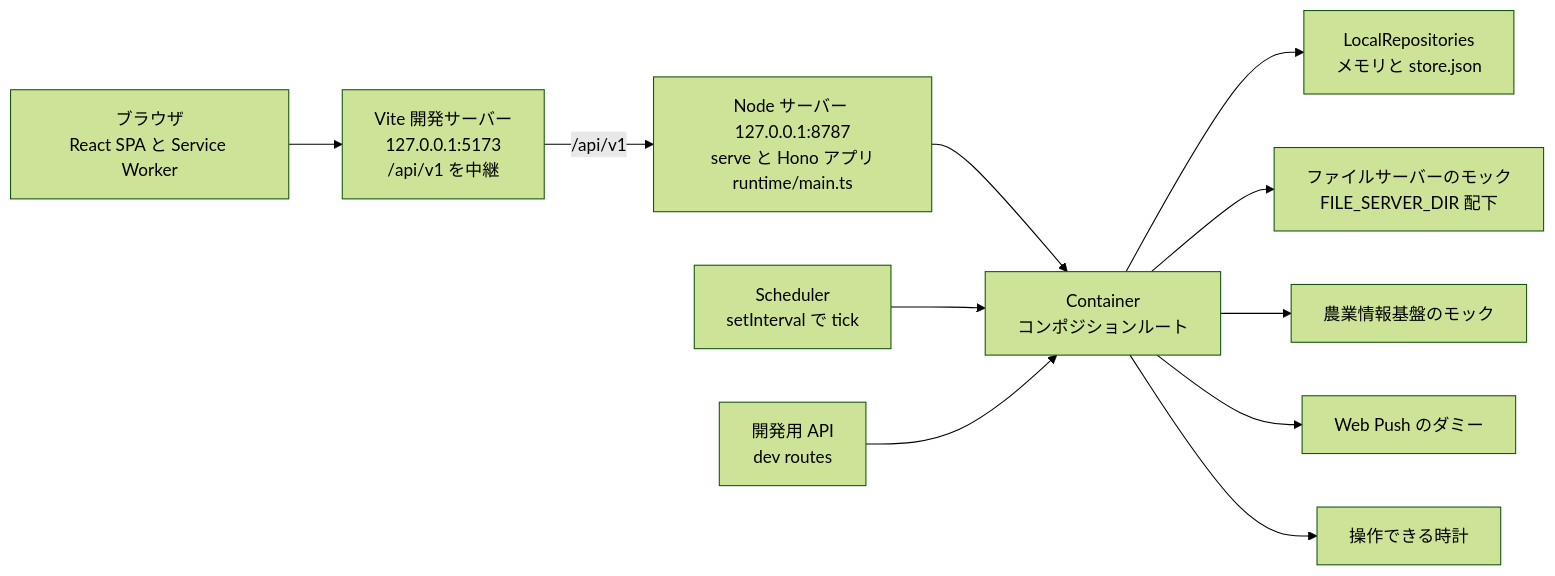
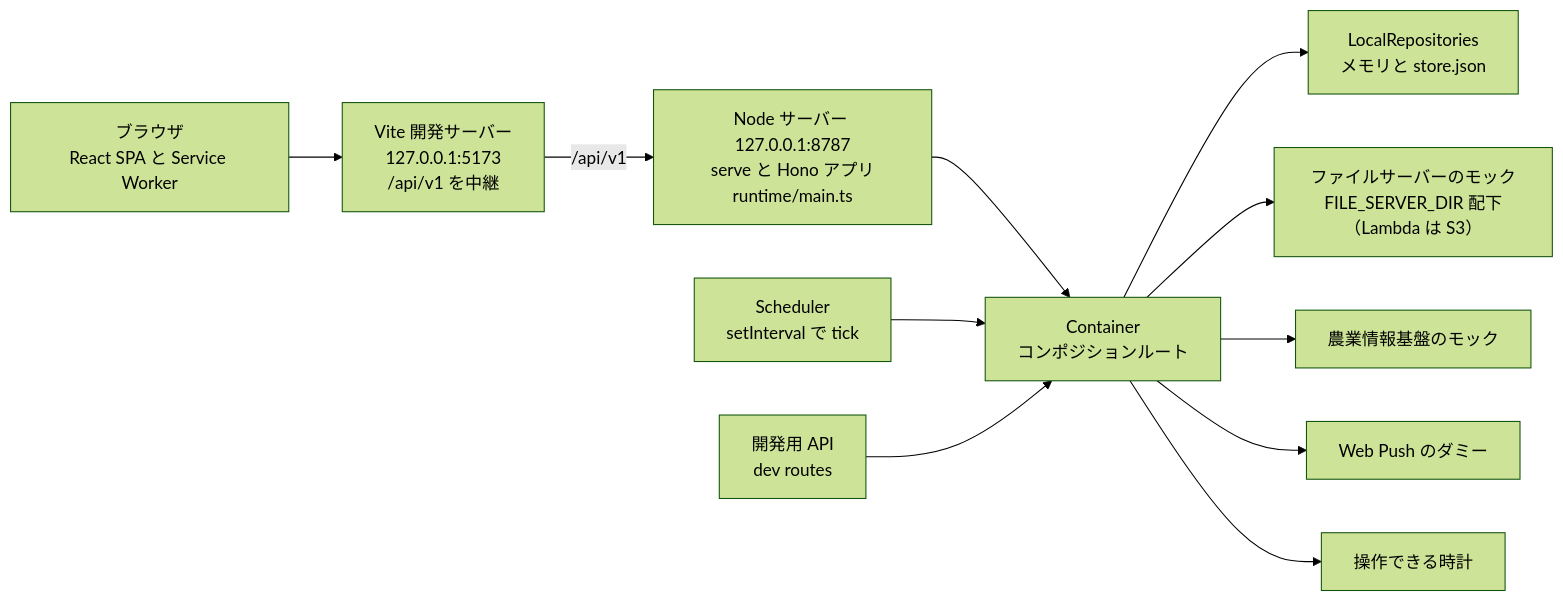
Before and after one commit to NS-APU/smart-farm-monitoring: the ninth of 46 diagrams in docs/10_design/architecture/as-built.md, drawn with Mermaid (forest theme). The commit also changed other lines of this file and 6 other files, not shown here.

````diff
--- a/docs/10_design/architecture/as-built.md
+++ b/docs/10_design/architecture/as-built.md
@@ -982,25 +982,25 @@
 ```mermaid
 flowchart LR
   BR["ブラウザ<br>React SPA と Service Worker"]
   VITE["Vite 開発サーバー<br>127.0.0.1:5173<br>/api/v1 を中継"]
   NODE["Node サーバー 127.0.0.1:8787<br>serve と Hono アプリ<br>runtime/main.ts"]
   CT["Container<br>コンポジションルート"]
   REPO["LocalRepositories<br>メモリと store.json"]
-  FS["ファイルサーバーのモック<br>FILE_SERVER_DIR 配下"]
+  FS["ファイルサーバーのモック<br>FILE_SERVER_DIR 配下（Lambda は S3）"]
   FD["農業情報基盤のモック"]
   WP["Web Push のダミー"]
   CK["操作できる時計"]
   SCH["Scheduler<br>setInterval で tick"]
   DEV["開発用 API<br>dev routes"]
 
   BR --> VITE
   VITE -->|"/api/v1"| NODE
   NODE --> CT
   CT --> REPO
   CT --> FS
   CT --> FD
   CT --> WP
   CT --> CK
   SCH --> CT
   DEV --> CT
 ```
````
